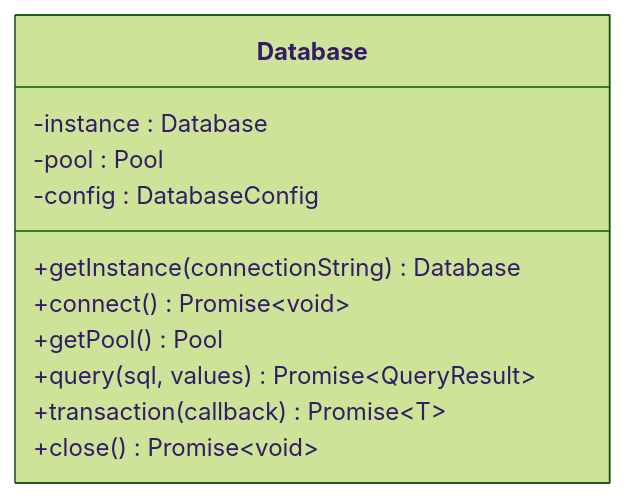
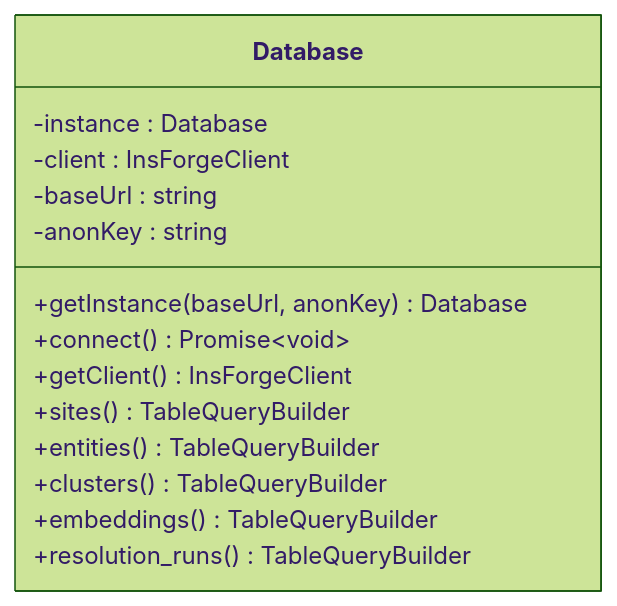
One commit to vishnusaibhosekar/ares changed the third of 6 diagrams in .qoder/repowiki/en/content/Deployment & Operations.md. Above: the diagram before and after it, drawn with Mermaid (forest theme). The commit also changed other lines of this file and 12 other files, not shown here.

````diff
--- a/.qoder/repowiki/en/content/Deployment & Operations.md
+++ b/.qoder/repowiki/en/content/Deployment & Operations.md
@@ -145,14 +168,17 @@
 ```mermaid
 classDiagram
 class Database {
 -instance : Database
--pool : Pool
--config : DatabaseConfig
-+getInstance(connectionString) Database
+-client : InsForgeClient
+-baseUrl : string
+-anonKey : string
++getInstance(baseUrl, anonKey) Database
 +connect() Promise~void~
-+getPool() Pool
-+query(sql, values) Promise~QueryResult~
-+transaction(callback) Promise~T~
-+close() Promise~void~
++getClient() InsForgeClient
++sites() TableQueryBuilder
++entities() TableQueryBuilder
++clusters() TableQueryBuilder
++embeddings() TableQueryBuilder
++resolution_runs() TableQueryBuilder
 }
 ```
````
